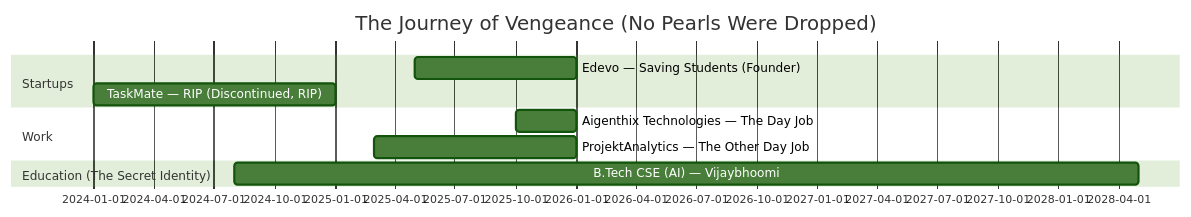
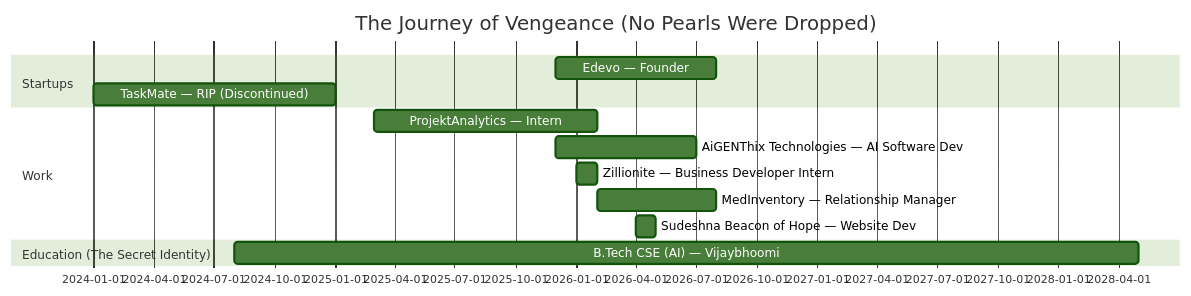
Before and after one commit to vengeance0112/vengeance0112: the diagram in README.md, drawn with Mermaid (forest theme). The commit also changed other lines of this file, not shown here.

````diff
--- a/README.md
+++ b/README.md
@@ -337,13 +429,16 @@
 ```mermaid
 gantt
     title The Journey of Vengeance (No Pearls Were Dropped)
     dateFormat  YYYY-MM
     section Startups
-    Edevo — Saving Students (Founder)        :2025-05, 2026-01
-    TaskMate — RIP (Discontinued, RIP)       :2024-01, 2025-01
+    Edevo — Founder                          :2025-12, 2026-08
+    TaskMate — RIP (Discontinued)            :2024-01, 2025-01
     section Work
-    Aigenthix Technologies — The Day Job     :2025-10, 2026-01
-    ProjektAnalytics — The Other Day Job     :2025-03, 2026-01
+    ProjektAnalytics — Intern                :2025-03, 2026-02
+    AiGENThix Technologies — AI Software Dev :2025-12, 2026-07
+    Zillionite — Business Developer Intern   :2026-01, 2026-02
+    MedInventory — Relationship Manager      :2026-02, 2026-08
+    Sudeshna Beacon of Hope — Website Dev    :2026-04, 2026-05
     section Education (The Secret Identity)
-    B.Tech CSE (AI) — Vijaybhoomi           :2024-08, 2028-05
+    B.Tech CSE (AI) — Vijaybhoomi            :2024-08, 2028-05
 ```
````
